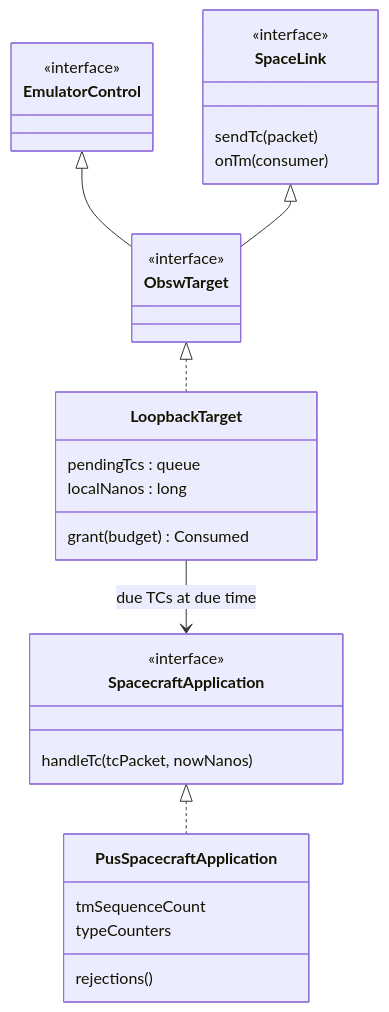
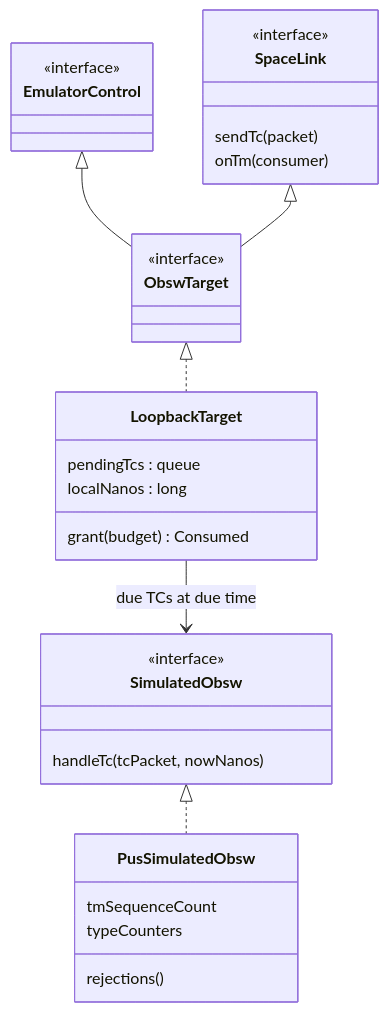
The fourth of 5 diagrams in docs/sdd.md (cmoellmann/satsim), drawn with Mermaid before and after one commit. The commit also changed other lines of this file and 10 other files, not shown here.

First line of the commit message:
refactor(simulator): rename SpacecraftApplication → SimulatedObsw (host vs. software clarity)

````diff
--- a/docs/sdd.md
+++ b/docs/sdd.md
@@ -265,33 +274,33 @@
 ```mermaid
 classDiagram
   class SpaceLink {
     <<interface>>
     sendTc(packet)
     onTm(consumer)
   }
   class EmulatorControl {
     <<interface>>
   }
   class ObswTarget {
     <<interface>>
   }
-  class SpacecraftApplication {
+  class SimulatedObsw {
     <<interface>>
     handleTc(tcPacket, nowNanos)
   }
   class LoopbackTarget {
     pendingTcs : queue
     localNanos : long
     grant(budget) Consumed
   }
-  class PusSpacecraftApplication {
+  class PusSimulatedObsw {
     tmSequenceCount
     typeCounters
     rejections()
   }
   EmulatorControl <|-- ObswTarget
   SpaceLink <|-- ObswTarget
   ObswTarget <|.. LoopbackTarget
-  SpacecraftApplication <|.. PusSpacecraftApplication
-  LoopbackTarget --> SpacecraftApplication : due TCs at due time
+  SimulatedObsw <|.. PusSimulatedObsw
+  LoopbackTarget --> SimulatedObsw : due TCs at due time
 ```
````
